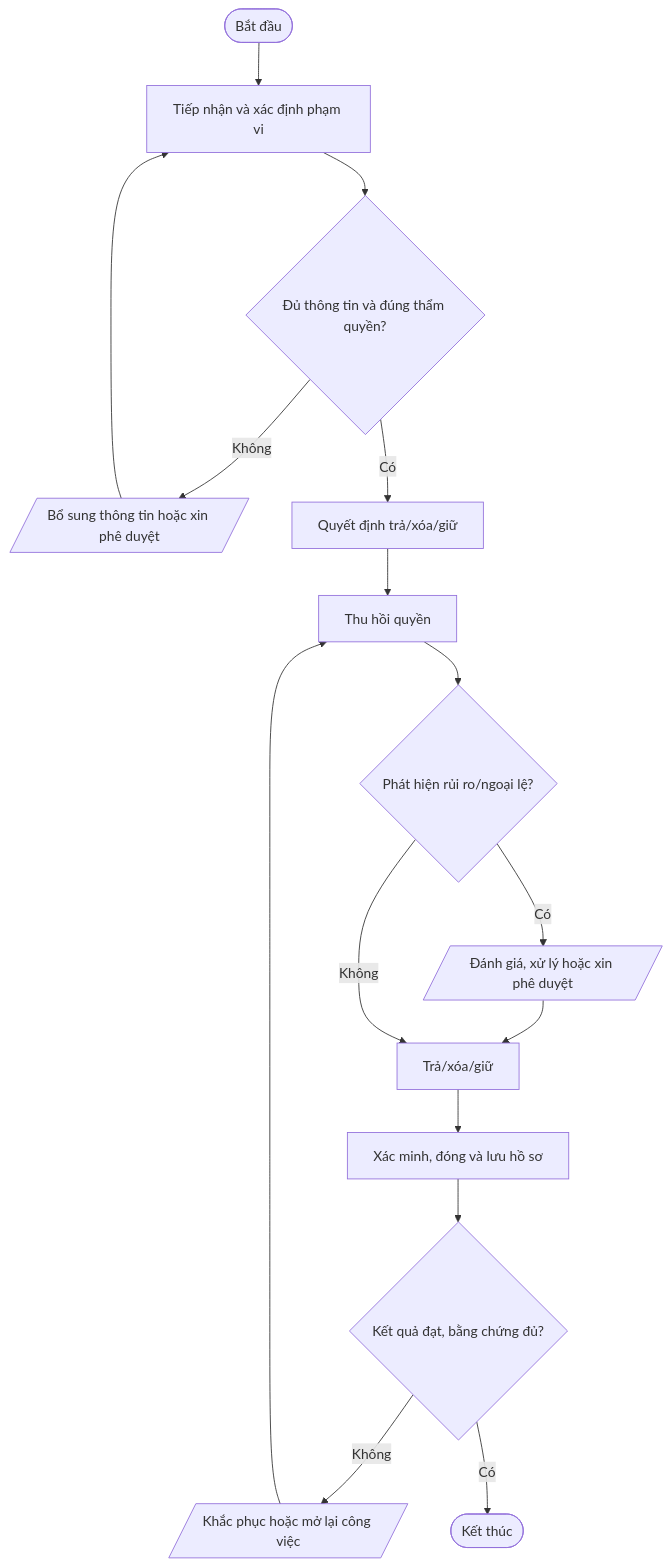
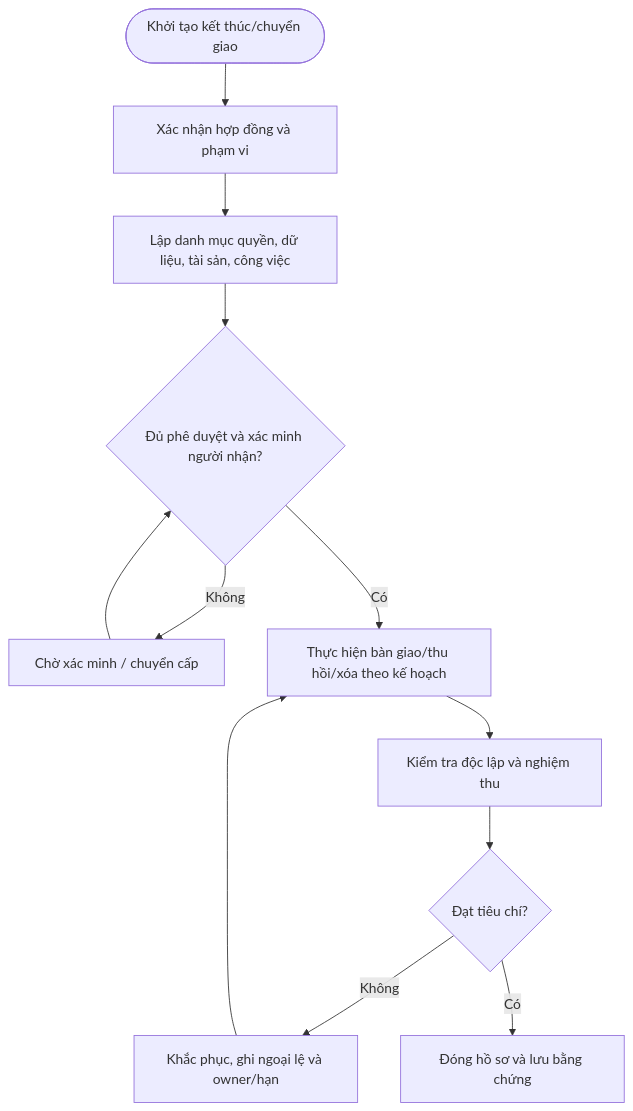
The diagram in quy-trinh/chi-tiet/QT-CS-03.md (daoaigiangnam/Quy_Trinh_Chuan), drawn with Mermaid before and after one commit. The commit also changed other lines of this file, not shown here.

````diff
--- a/quy-trinh/chi-tiet/QT-CS-03.md
+++ b/quy-trinh/chi-tiet/QT-CS-03.md
@@ -31,18 +134,14 @@
 ```mermaid
 flowchart TD
-  A([Bắt đầu]) --> S1["Tiếp nhận và xác định phạm vi"]
-  S1 --> D1{"Đủ thông tin và đúng thẩm quyền?"}
-  D1 -- Không --> F1[/"Bổ sung thông tin hoặc xin phê duyệt"/]
-  F1 --> S1
-  D1 -- Có --> S2["Quyết định trả/xóa/giữ"]
-  S2 --> S3["Thu hồi quyền"]
-  S3 --> D2{"Phát hiện rủi ro/ngoại lệ?"}
-  D2 -- Có --> RISK[/"Đánh giá, xử lý hoặc xin phê duyệt"/]
-  RISK --> S4["Trả/xóa/giữ"]
-  D2 -- Không --> S4
-  S4 --> S5["Xác minh, đóng và lưu hồ sơ"]
-  S5 --> D3{"Kết quả đạt, bằng chứng đủ?"}
-  D3 -- Không --> R[/"Khắc phục hoặc mở lại công việc"/]
-  R --> S3
-  D3 -- Có --> Z([Kết thúc])
+ A([Khởi tạo kết thúc/chuyển giao]) --> B[Xác nhận hợp đồng và phạm vi]
+ B --> C[Lập danh mục quyền, dữ liệu, tài sản, công việc]
+ C --> D{Đủ phê duyệt và xác minh người nhận?}
+ D -- Không --> E[Chờ xác minh / chuyển cấp]
+ E --> D
+ D -- Có --> F[Thực hiện bàn giao/thu hồi/xóa theo kế hoạch]
+ F --> G[Kiểm tra độc lập và nghiệm thu]
+ G --> H{Đạt tiêu chí?}
+ H -- Không --> I[Khắc phục, ghi ngoại lệ và owner/hạn]
+ I --> F
+ H -- Có --> J[Đóng hồ sơ và lưu bằng chứng]
 ```
````
